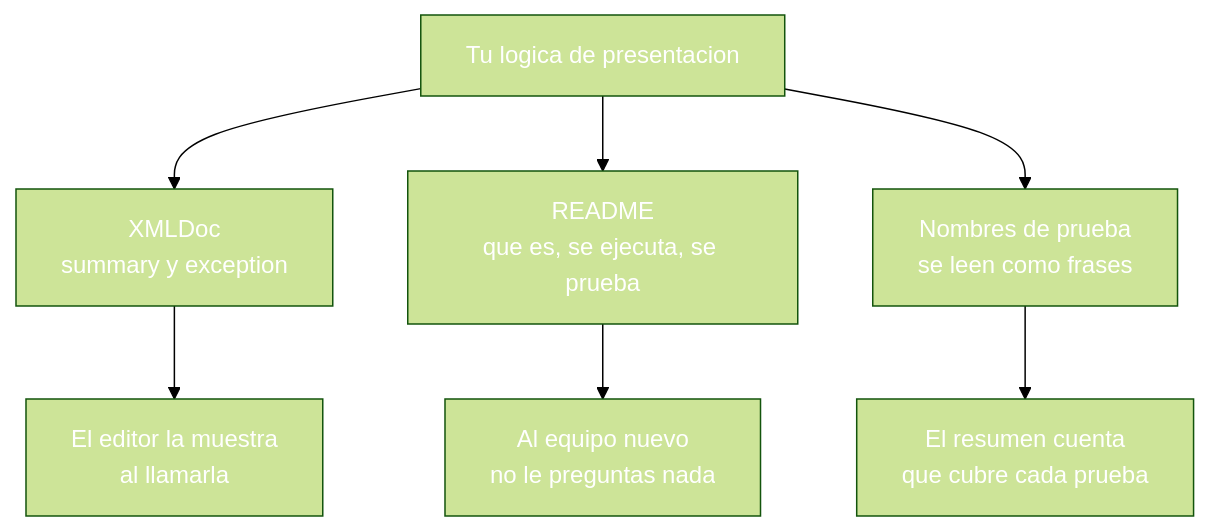
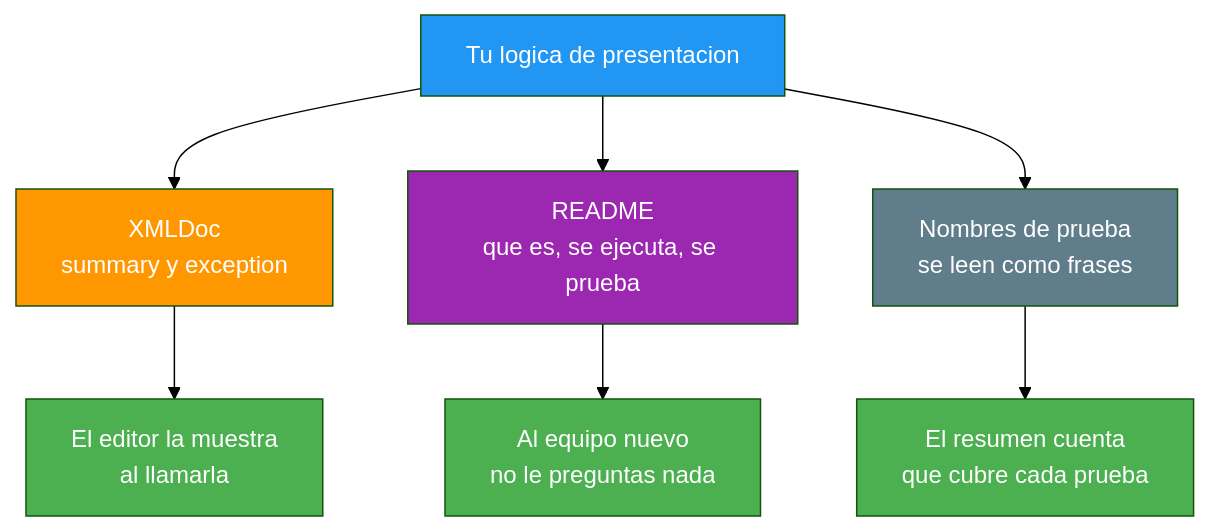
The fourth of 5 diagrams in 24-testing-documentacion.md (joseluisgs/DesarrolloWebEntornosServidor-03-2026-2027), drawn with Mermaid (forest theme) before and after one commit. The commit also changed other lines of this file and 25 other files, not shown here.

Commit message:
docs: corregir los estilos Mermaid de los temas y alinear el dominio del tema 25 con ProductosApp

````diff
--- a/24-testing-documentacion.md
+++ b/24-testing-documentacion.md
@@ -350,16 +350,16 @@
 ```mermaid
 graph TD
     X["Tu logica de presentacion"] --> D["XMLDoc<br/>summary y exception"]
     X --> R["README<br/>que es, se ejecuta, se prueba"]
     X --> N["Nombres de prueba<br/>se leen como frases"]
     D --> E["El editor la muestra<br/>al llamarla"]
     R --> Q["Al equipo nuevo<br/>no le preguntas nada"]
     N --> P["El resumen cuenta<br/>que cubre cada prueba"]
-    style X fill:#2196F,color:#fff3,color:#fff
-    style D fill:#FF980,color:#fff0,color:#fff
-    style R fill:#9C27B,color:#fff0,color:#fff
-    style N fill:#607D8,color:#fffB,color:#fff
-    style E fill:#4CAF5,color:#fff0,color:#fff
-    style Q fill:#4CAF5,color:#fff0,color:#fff
-    style P fill:#4CAF5,color:#fff0,color:#fff
+    style X fill:#2196F3,color:#fff
+    style D fill:#FF9800,color:#fff
+    style R fill:#9C27B0,color:#fff
+    style N fill:#607D8B,color:#fff
+    style E fill:#4CAF50,color:#fff
+    style Q fill:#4CAF50,color:#fff
+    style P fill:#4CAF50,color:#fff
 ```
````
